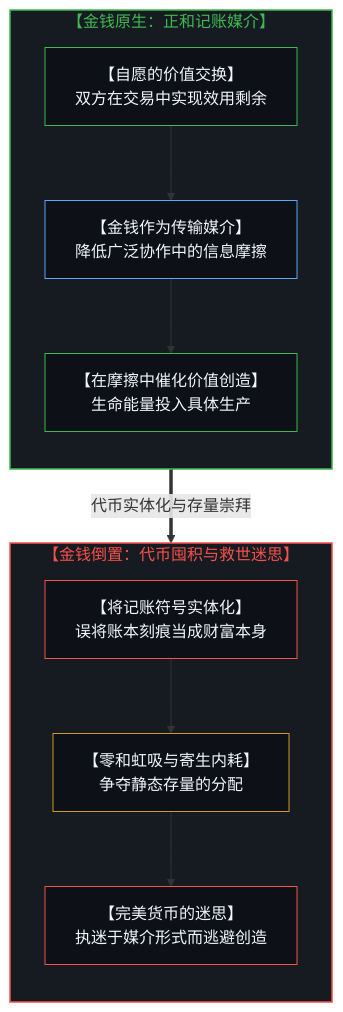
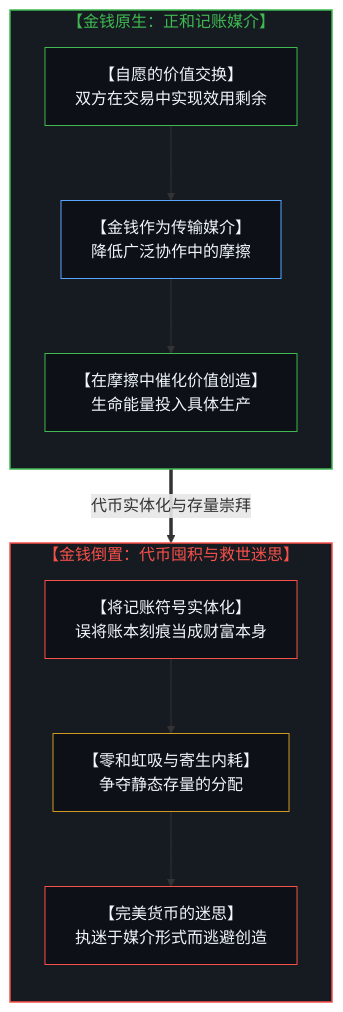
Before and after one commit to powerpig99/not-a-toe: the ninth of 16 diagrams in content/posts/the-dissolution-of-the-great-reversal.md, drawn with Mermaid. The commit also changed other lines of this file and 6 other files, not shown here.

````diff
--- a/content/posts/the-dissolution-of-the-great-reversal.md
+++ b/content/posts/the-dissolution-of-the-great-reversal.md
@@ -325,28 +325,28 @@
 ```mermaid
 flowchart TD
     subgraph S_NativeTrade["【金钱原生：正和记账媒介】"]
         direction TB
         SubjectiveTrade["【自愿的价值交换】<br/>双方在交易中实现效用剩余"]
-        AccountingMedium["【金钱作为传输媒介】<br/>降低广泛协作中的信息摩擦"]
+        AccountingMedium["【金钱作为传输媒介】<br/>降低广泛协作中的摩擦"]
         RealWealthExpansion["【在摩擦中催化价值创造】<br/>生命能量投入具体生产"]
         SubjectiveTrade --> AccountingMedium
         AccountingMedium --> RealWealthExpansion
     end
     S_NativeTrade ==>|"代币实体化与存量崇拜"| S_InvertedMoney
     subgraph S_InvertedMoney["【金钱倒置：代币囤积与救世迷思】"]
         direction TB
         TokenHoarding["【将记账符号实体化】<br/>误将账本刻痕当成财富本身"]
         ZeroSumSiphon["【零和虹吸与寄生内耗】<br/>争夺静态存量的分配"]
         PerfectTokenMyth["【完美货币的迷思】<br/>执迷于媒介形式而逃避创造"]
         TokenHoarding --> ZeroSumSiphon
         ZeroSumSiphon --> PerfectTokenMyth
     end
     style S_NativeTrade fill:#161b22,stroke:#3fb950,stroke-width:1.5px,color:#3fb950
     style S_InvertedMoney fill:#161b22,stroke:#f85149,stroke-width:1.5px,color:#f85149
     style SubjectiveTrade fill:#0d1117,stroke:#3fb950,stroke-width:1px,color:#f0f6fc
     style AccountingMedium fill:#0d1117,stroke:#58a6ff,stroke-width:1px,color:#f0f6fc
     style RealWealthExpansion fill:#0d1117,stroke:#3fb950,stroke-width:1px,color:#f0f6fc
     style TokenHoarding fill:#0d1117,stroke:#f85149,stroke-width:1px,color:#f0f6fc
     style ZeroSumSiphon fill:#0d1117,stroke:#d29922,stroke-width:1px,color:#f0f6fc
     style PerfectTokenMyth fill:#0d1117,stroke:#f85149,stroke-width:1px,color:#f0f6fc
 ```
````
